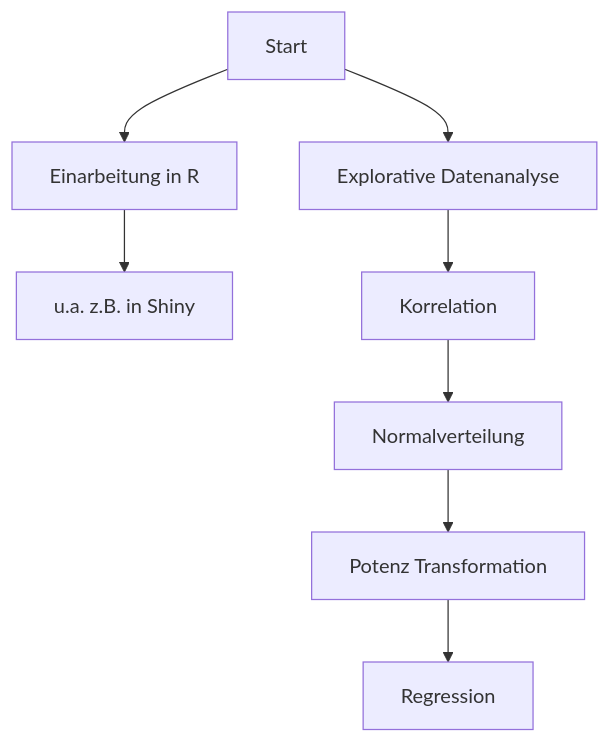
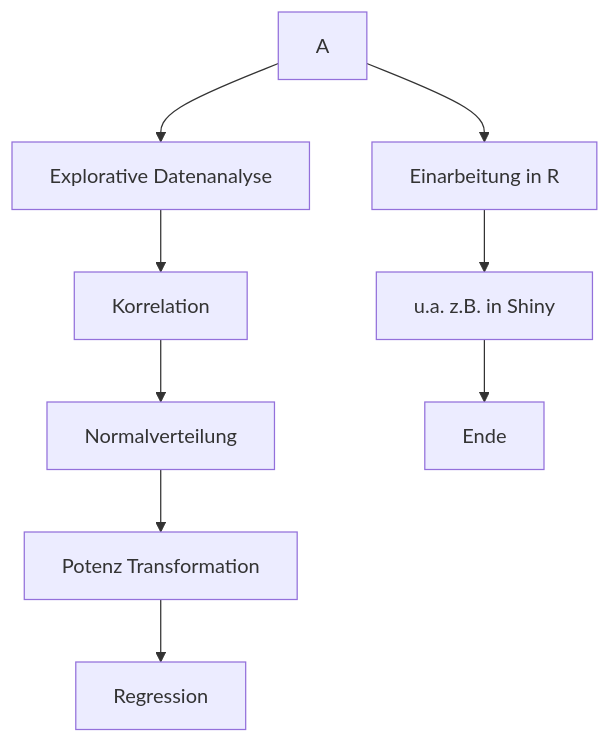
The diagram in R/fazit.mmd (dmpe/SemesterProject), drawn with Mermaid before and after one commit.

Commit message:
bugs everyhwere

```diff
--- a/R/fazit.mmd
+++ b/R/fazit.mmd
@@ -1,8 +1,9 @@
 graph TD
   A-->B[Einarbeitung in R]
   B-->H[u.a.  z.B. in Shiny]
-  A[Start]-->C[Explorative Datenanalyse]
+  A-->C[Explorative Datenanalyse]
   C-->D[Korrelation]
   D-->E[Normalverteilung]
   E-->F[Potenz Transformation]
   F-->G[Regression]
+  H-->I[Ende]
```
